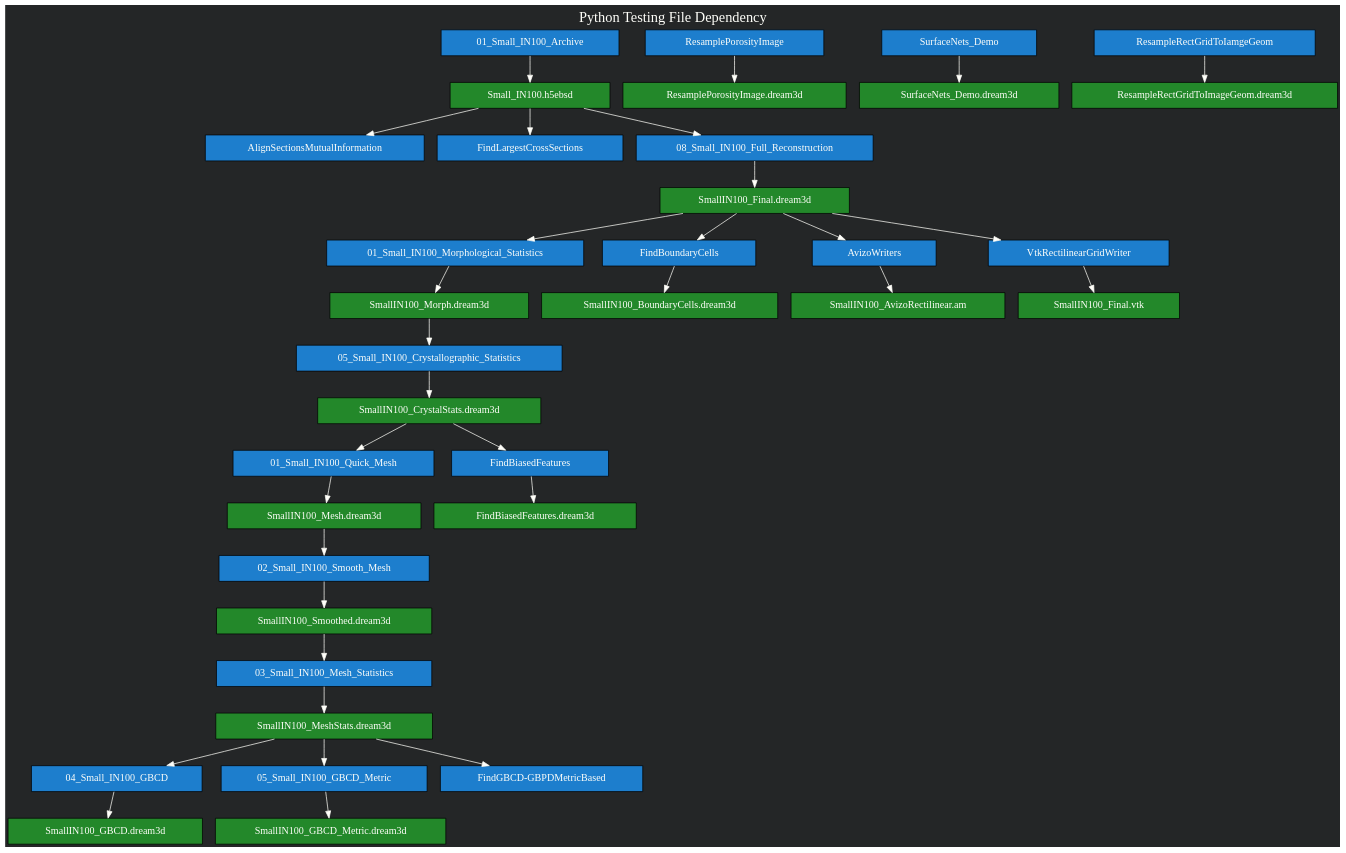
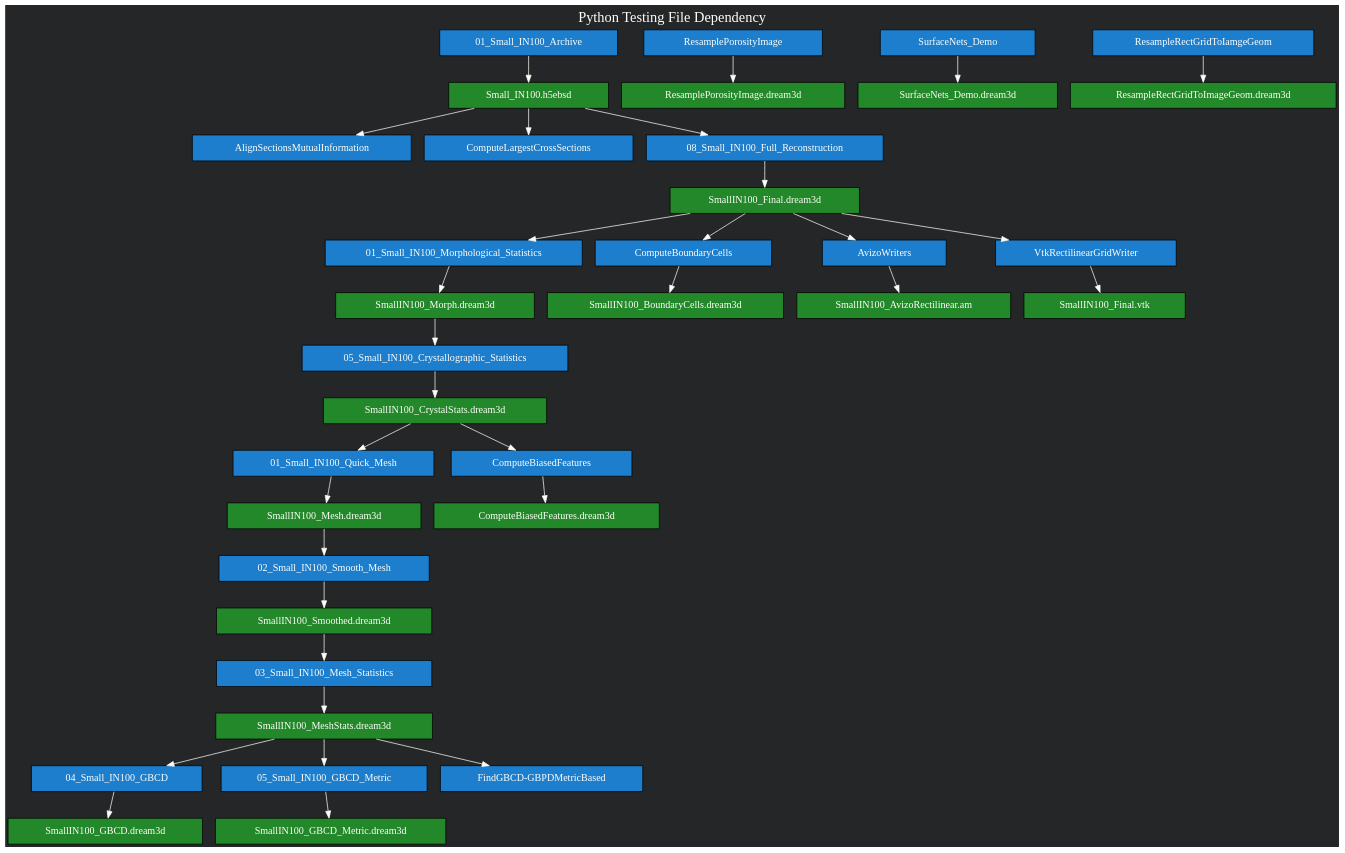
Before and after one commit to BlueQuartzSoftware/simplnx: the diagram in wrapping/python/examples/file_dependency.dot, drawn with Graphviz. The commit also changed 678 other files, not shown here.

Commit message:
ENH: Rename Filters that start with Find/Generate/Calculate to Compute (#956)

```diff
--- a/wrapping/python/examples/file_dependency.dot
+++ b/wrapping/python/examples/file_dependency.dot
@@ -1,81 +1,81 @@
 digraph G {
   //rankdir=LR;
 
   label="Python Testing File Dependency"
 	labelloc="t"
   fontname="Fira Mono"
   fontcolor="#FFFFFA"
   fontsize=20
 	
 
 	graph [splines=true 
         bgcolor="#242627"
         ]
 
 	node [shape=record 
         style="filled" 
         fillcolor="#1D7ECD" 
         fontcolor="#FFFFFA"
         fontname="Fira Mono"
         margin="0.61,0.1"
         ]
     
   edge [
         // dir=back 
         arrowtail=default
         arrowhead=normal
         style="" 
         // headport="w" 
         // tailport="e"
         color="#FFFFFA"
         ]
 
 
 "Small_IN100.h5ebsd" [shape=record  fillcolor="#23882A"]
 "SmallIN100_Final.dream3d" [shape=record  fillcolor="#23882A"]
 "SmallIN100_Morph.dream3d" [shape=record  fillcolor="#23882A"]
 "SmallIN100_BoundaryCells.dream3d" [shape=record  fillcolor="#23882A"]
 "SmallIN100_AvizoRectilinear.am" [shape=record  fillcolor="#23882A"]
 "SmallIN100_Final.vtk" [shape=record  fillcolor="#23882A"]
 "SmallIN100_CrystalStats.dream3d" [shape=record  fillcolor="#23882A"]
 "SmallIN100_Mesh.dream3d" [shape=record  fillcolor="#23882A"]
-"FindBiasedFeatures.dream3d" [shape=record  fillcolor="#23882A"]
+"ComputeBiasedFeatures.dream3d" [shape=record  fillcolor="#23882A"]
 "SmallIN100_Smoothed.dream3d" [shape=record  fillcolor="#23882A"]
 "SmallIN100_MeshStats.dream3d" [shape=record  fillcolor="#23882A"]
 "SmallIN100_GBCD.dream3d" [shape=record  fillcolor="#23882A"]
 "SmallIN100_GBCD_Metric.dream3d" [shape=record  fillcolor="#23882A"]
 "ResamplePorosityImage.dream3d" [shape=record  fillcolor="#23882A"]
 "SurfaceNets_Demo.dream3d" [shape=record  fillcolor="#23882A"]
 "ResampleRectGridToImageGeom.dream3d" [shape=record  fillcolor="#23882A"]
 
   "01_Small_IN100_Archive" -> "Small_IN100.h5ebsd"
 
   "Small_IN100.h5ebsd" -> AlignSectionsMutualInformation
-  "Small_IN100.h5ebsd" -> FindLargestCrossSections
+  "Small_IN100.h5ebsd" -> ComputeLargestCrossSections
     
   "Small_IN100.h5ebsd" -> "08_Small_IN100_Full_Reconstruction" -> "SmallIN100_Final.dream3d"
 
   "SmallIN100_Final.dream3d" -> "01_Small_IN100_Morphological_Statistics" -> "SmallIN100_Morph.dream3d"
-  "SmallIN100_Final.dream3d" -> "FindBoundaryCells" -> "SmallIN100_BoundaryCells.dream3d"
+  "SmallIN100_Final.dream3d" -> "ComputeBoundaryCells" -> "SmallIN100_BoundaryCells.dream3d"
   "SmallIN100_Final.dream3d" -> "AvizoWriters" -> "SmallIN100_AvizoRectilinear.am"
   "SmallIN100_Final.dream3d" -> "VtkRectilinearGridWriter" -> "SmallIN100_Final.vtk"
   
   "SmallIN100_Morph.dream3d" -> "05_Small_IN100_Crystallographic_Statistics" -> "SmallIN100_CrystalStats.dream3d"
   
   "SmallIN100_CrystalStats.dream3d"->"01_Small_IN100_Quick_Mesh"-> "SmallIN100_Mesh.dream3d"
-  "SmallIN100_CrystalStats.dream3d" -> "FindBiasedFeatures" -> "FindBiasedFeatures.dream3d"
+  "SmallIN100_CrystalStats.dream3d" -> "ComputeBiasedFeatures" -> "ComputeBiasedFeatures.dream3d"
 
   "SmallIN100_Mesh.dream3d" -> "02_Small_IN100_Smooth_Mesh" -> "SmallIN100_Smoothed.dream3d"
   "SmallIN100_Smoothed.dream3d" -> "03_Small_IN100_Mesh_Statistics" -> "SmallIN100_MeshStats.dream3d"
   "SmallIN100_MeshStats.dream3d" -> "04_Small_IN100_GBCD" -> "SmallIN100_GBCD.dream3d"
   "SmallIN100_MeshStats.dream3d" -> "05_Small_IN100_GBCD_Metric" -> "SmallIN100_GBCD_Metric.dream3d"
 
 
   "SmallIN100_MeshStats.dream3d" -> "FindGBCD-GBPDMetricBased"
 
   "ResamplePorosityImage" -> "ResamplePorosityImage.dream3d"
   "SurfaceNets_Demo" -> "SurfaceNets_Demo.dream3d"
   "ResampleRectGridToIamgeGeom" -> "ResampleRectGridToImageGeom.dream3d"
 
 
 }
```
